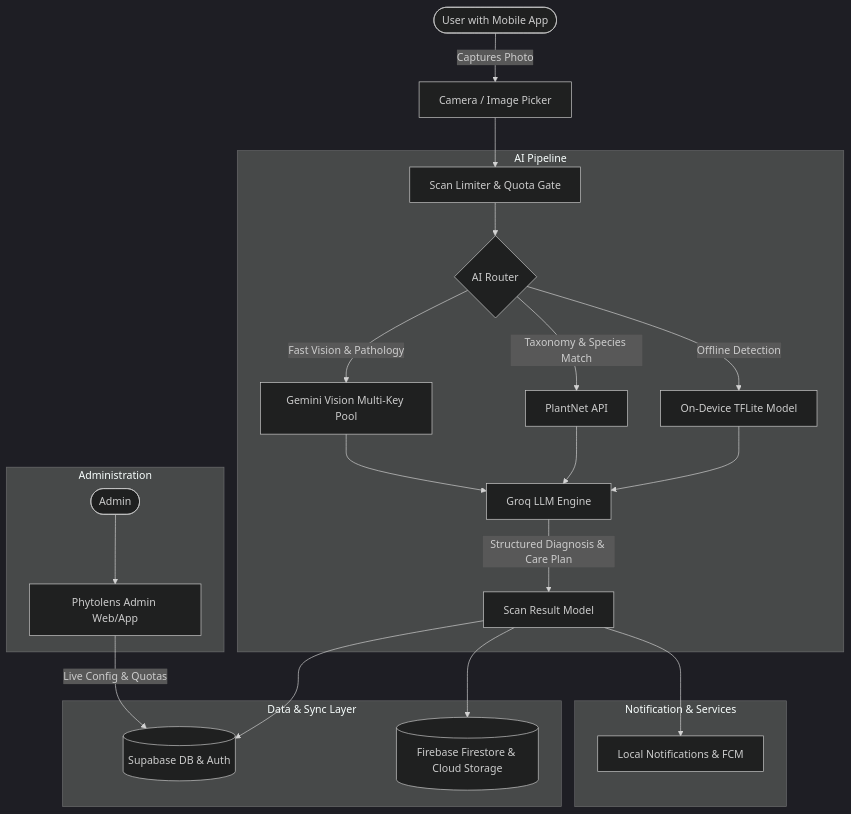
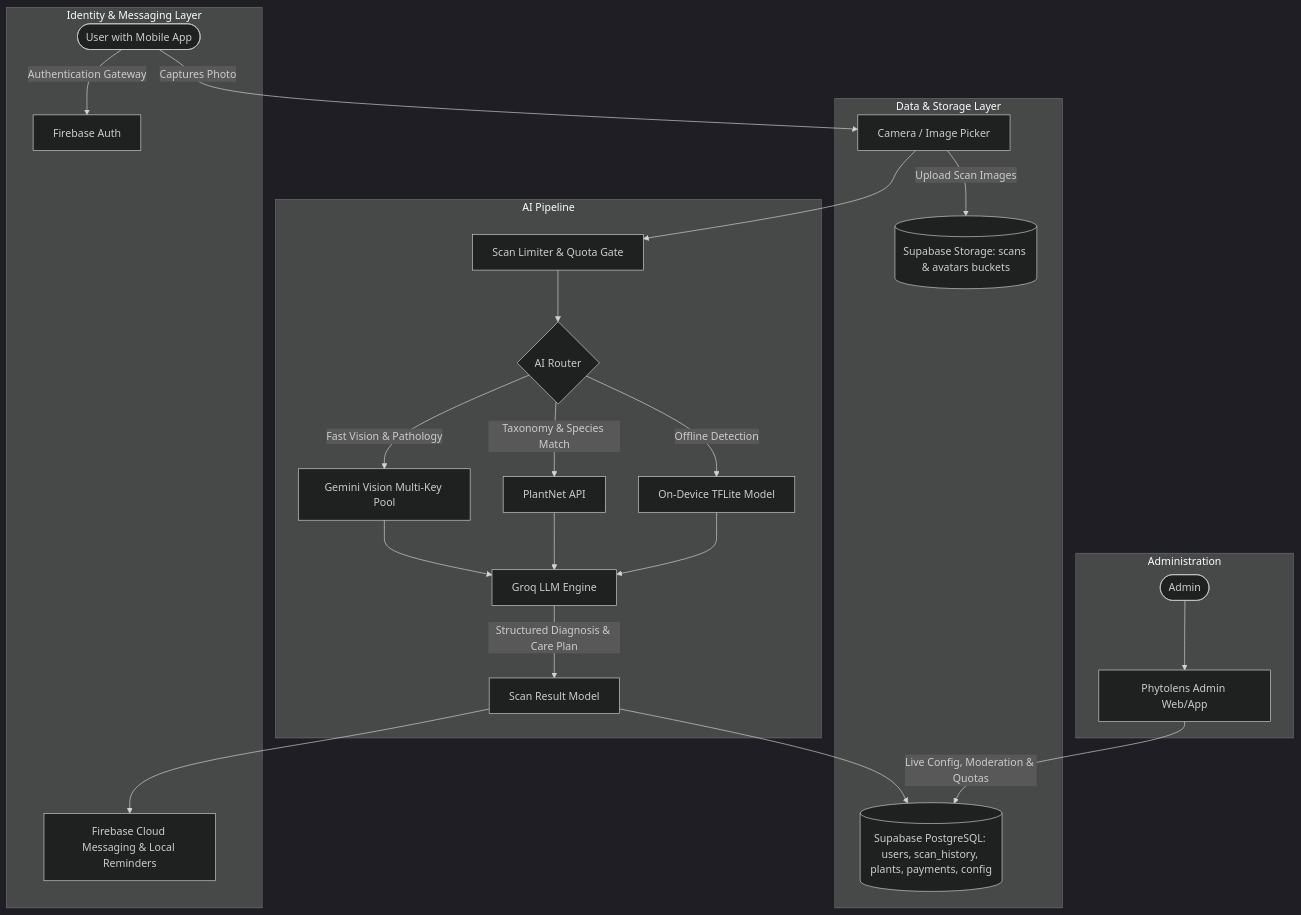
Before and after one commit to Debraj1001/Phytolense: the diagram in README.md, drawn with Mermaid (dark theme). The commit also changed 9 other files, not shown here.

Commit message:
feat: refine Supabase relational persistence, storage RLS, and Soft Botanical garden UI

````diff
--- a/README.md
+++ b/README.md
@@ -61,31 +61,32 @@
 ```mermaid
 graph TD
     User([User with Mobile App]) -->|Captures Photo| Cam[Camera / Image Picker]
     Cam --> ScanEngine[Scan Limiter & Quota Gate]
     
     subgraph AI Pipeline
         ScanEngine --> FallbackRouter{AI Router}
         FallbackRouter -->|Fast Vision & Pathology| GemPool[Gemini Vision Multi-Key Pool]
         FallbackRouter -->|Taxonomy & Species Match| PlantNet[PlantNet API]
         FallbackRouter -->|Offline Detection| TFLite[On-Device TFLite Model]
         
         GemPool --> GroqEngine[Groq LLM Engine]
         PlantNet --> GroqEngine
         TFLite --> GroqEngine
         GroqEngine -->|Structured Diagnosis & Care Plan| DiagnosticResult[Scan Result Model]
     end
     
-    subgraph Data & Sync Layer
-        DiagnosticResult --> Supabase[(Supabase DB & Auth)]
-        DiagnosticResult --> Firebase[(Firebase Firestore & Cloud Storage)]
+    subgraph Identity & Messaging Layer
+        User -->|Authentication Gateway| FirebaseAuth[Firebase Auth]
+        DiagnosticResult --> NotifService[Firebase Cloud Messaging & Local Reminders]
     end
-    
-    subgraph Notification & Services
-        DiagnosticResult --> NotifService[Local Notifications & FCM]
+
+    subgraph Data & Storage Layer
+        DiagnosticResult --> SupabaseDB[(Supabase PostgreSQL: users, scan_history, plants, payments, config)]
+        Cam -->|Upload Scan Images| SupabaseStorage[(Supabase Storage: scans & avatars buckets)]
     end
 
     subgraph Administration
         AdminUser([Admin]) --> AdminPortal[Phytolens Admin Web/App]
-        AdminPortal -->|Live Config & Quotas| Supabase
+        AdminPortal -->|Live Config, Moderation & Quotas| SupabaseDB
     end
 ```
````
